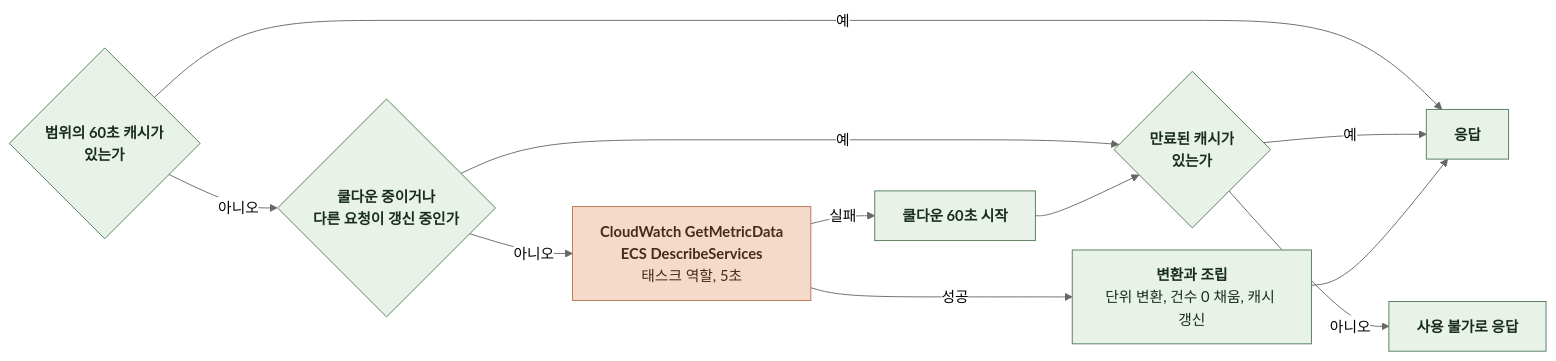
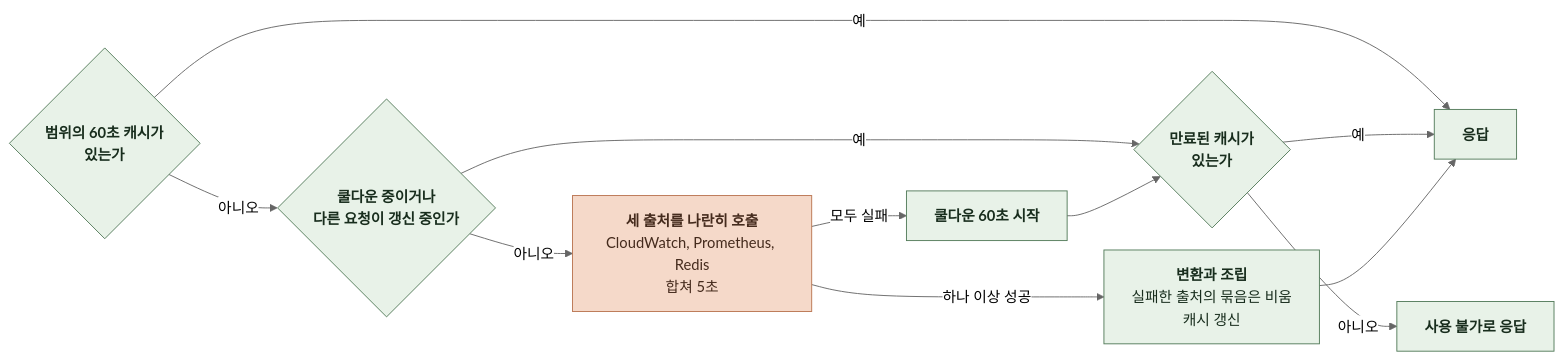
Before and after one commit to KIM-N-KANG/knk-harness: diagram 18 of 22 in docs/domain/ADMIN/BACKEND/4-1-PIPELINES.md, drawn with Mermaid (neutral theme). The commit also changed other lines of this file and 19 other files, not shown here.

First line of the commit message:
[KNK-2113] Docs: 관리자 인프라 지표의 출처를 CloudWatch, 홈서버 Prometheus, Redis로 나눔 (#531)

````diff
--- a/docs/domain/ADMIN/BACKEND/4-1-PIPELINES.md
+++ b/docs/domain/ADMIN/BACKEND/4-1-PIPELINES.md
@@ -773,24 +773,25 @@
 ```mermaid
 %%{init: {"flowchart": {"curve": "basis", "nodeSpacing": 24, "rankSpacing": 40}}}%%
 flowchart LR
     A{"`**범위의 60초 캐시가
 있는가**`"} -->|예| E["`**응답**`"]
     A -->|아니오| F{"`**쿨다운 중이거나
 다른 요청이 갱신 중인가**`"}
     F -->|예| G{"`**만료된 캐시가
 있는가**`"}
     G -->|예| E
     G -->|아니오| X["`**사용 불가로 응답**`"]
-    F -->|아니오| C["`**CloudWatch GetMetricData
-ECS DescribeServices**
-태스크 역할, 5초`"]
-    C -->|성공| D["`**변환과 조립**
-단위 변환, 건수 0 채움, 캐시 갱신`"]
+    F -->|아니오| C["`**세 출처를 나란히 호출**
+CloudWatch, Prometheus, Redis
+합쳐 5초`"]
+    C -->|하나 이상 성공| D["`**변환과 조립**
+실패한 출처의 묶음은 비움
+캐시 갱신`"]
     D --> E
-    C -->|실패| H["`**쿨다운 60초 시작**`"]
+    C -->|모두 실패| H["`**쿨다운 60초 시작**`"]
     H --> G
     classDef comp fill:#E8F2E8,stroke:#527A59,color:#182D1D
     classDef task fill:#F5D9C9,stroke:#B97450,color:#452B1D
     class A,D,E,F,G,H,X comp
     class C task
 ```
````
